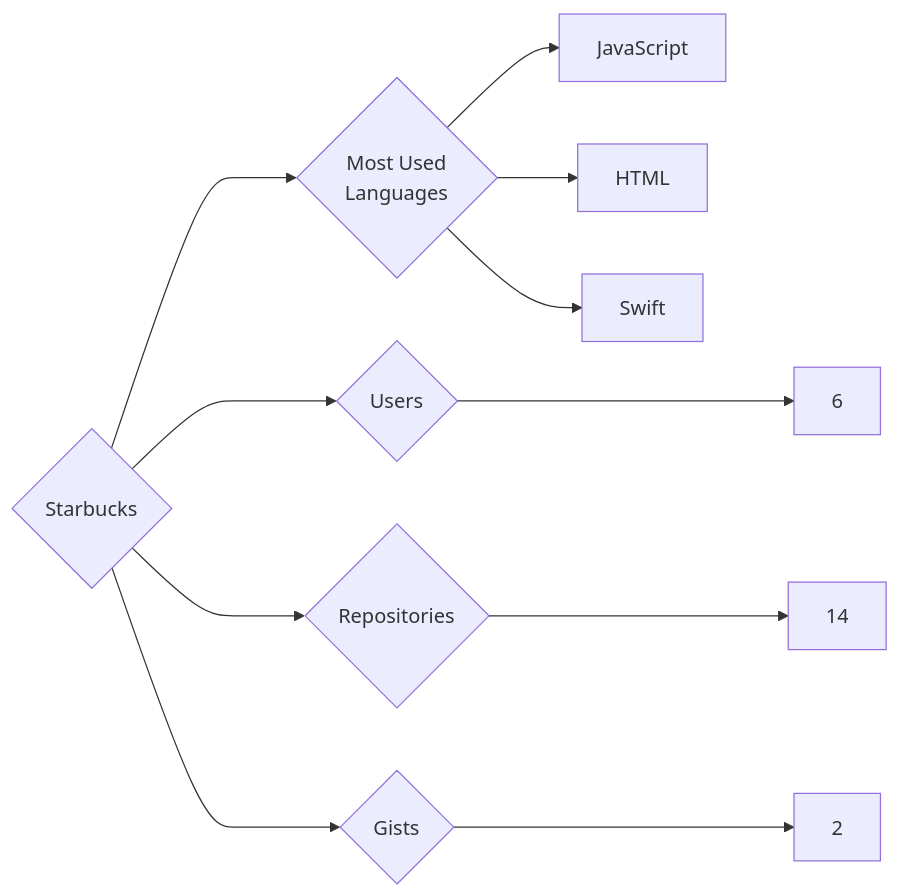
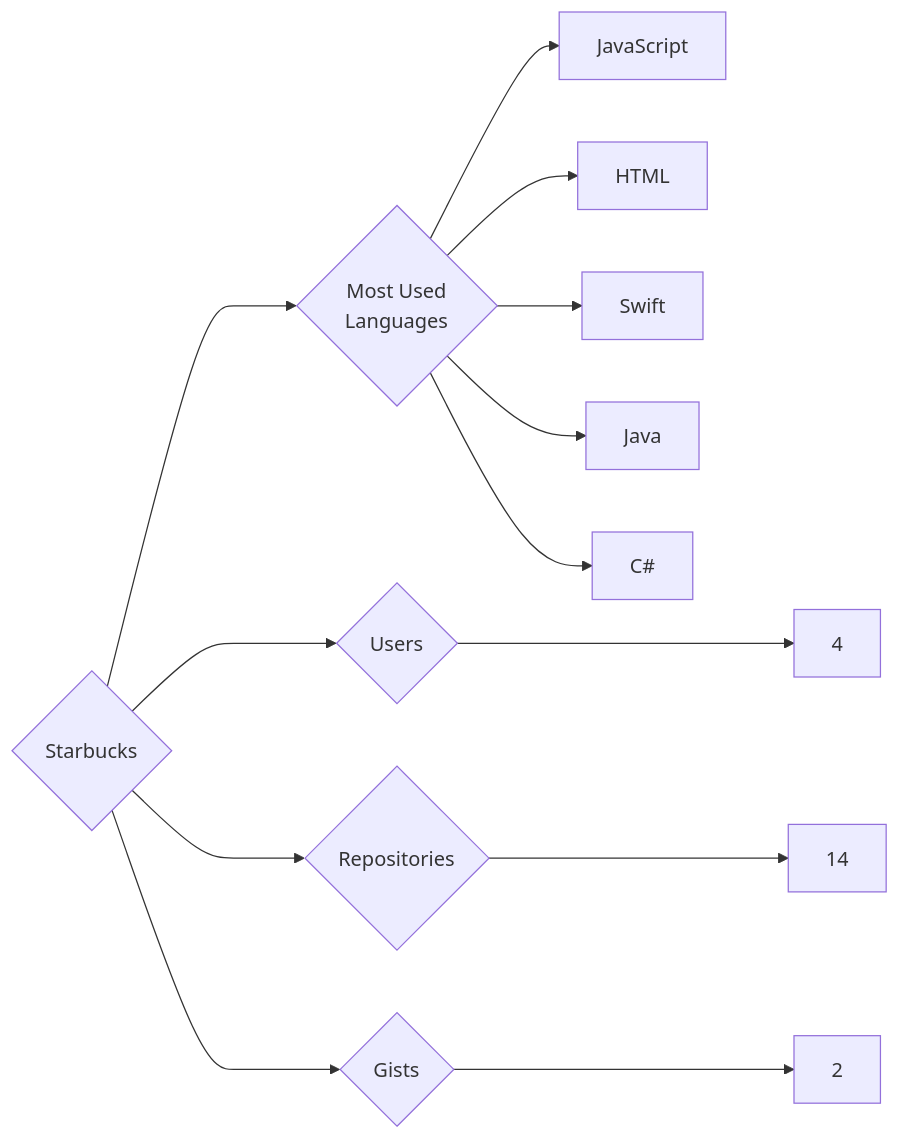
The diagram in targets/Starbucks/README.md (trickest/insiders), drawn with Mermaid before and after one commit. The commit also changed 1479 other files, not shown here.

````diff
--- a/targets/Starbucks/README.md
+++ b/targets/Starbucks/README.md
@@ -3,11 +3,13 @@
 ```mermaid
 graph LR
 COMPANY_NAME{Starbucks}
-COMPANY_NAME ---> U{Users} ---> UN[6]
+COMPANY_NAME ---> U{Users} ---> UN[4]
 COMPANY_NAME ---> R{Repositories} ---> RN[14]
 COMPANY_NAME ---> G{Gists} ---> GN[2]
 COMPANY_NAME ---> ML{Most Used<br>Languages}
 ML --> JavaScript[JavaScript]
 ML --> HTML[HTML]
 ML --> Swift[Swift]
+ML --> Java[Java]
+ML --> C#[C#]
 ```
````
